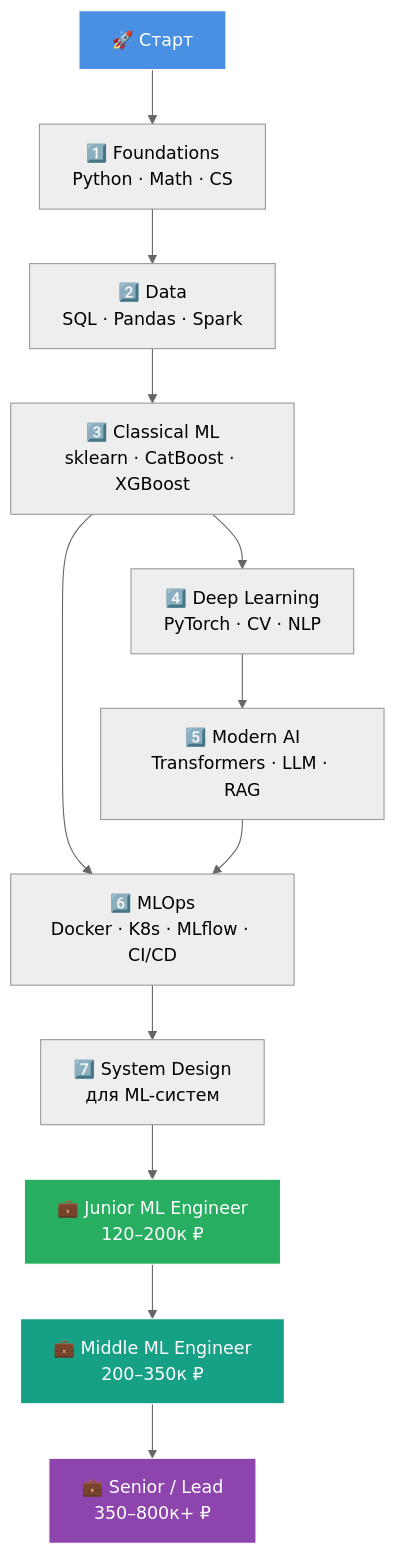
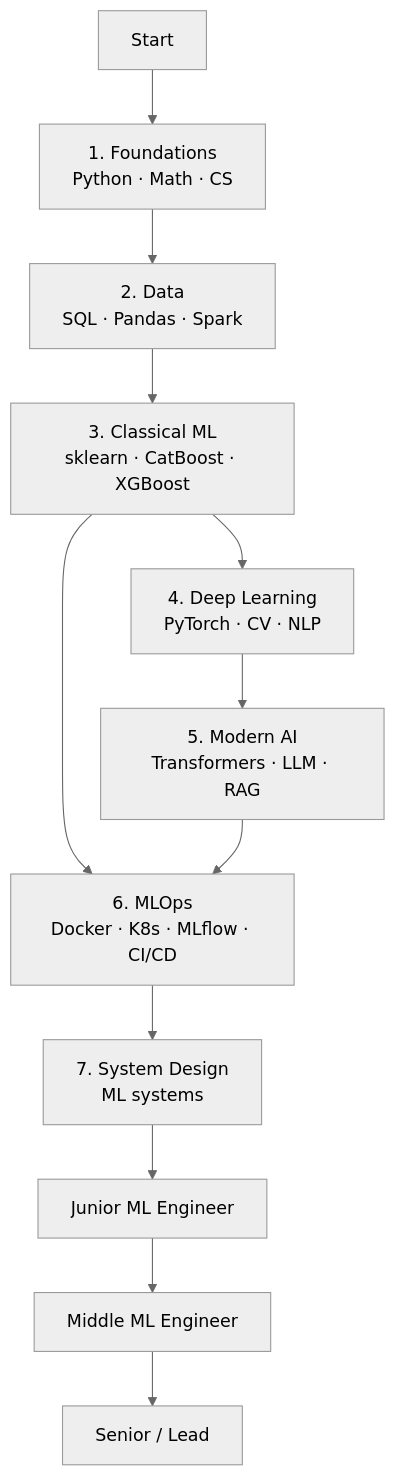
The diagram in README.md (BladeStranger04/ml-engineer-roadmap), drawn with Mermaid (neutral theme) before and after one commit. The commit also changed other lines of this file and 22 other files, not shown here.

Commit message:
add english roadmap docs

````diff
--- a/README.md
+++ b/README.md
@@ -32,19 +33,14 @@
 ```mermaid
 flowchart TD
-    A[🚀 Старт] --> B[1️⃣ Foundations<br/>Python · Math · CS]
-    B --> C[2️⃣ Data<br/>SQL · Pandas · Spark]
-    C --> D[3️⃣ Classical ML<br/>sklearn · CatBoost · XGBoost]
-    D --> E[4️⃣ Deep Learning<br/>PyTorch · CV · NLP]
-    E --> F[5️⃣ Modern AI<br/>Transformers · LLM · RAG]
-    D --> G[6️⃣ MLOps<br/>Docker · K8s · MLflow · CI/CD]
+    A[Start] --> B[1. Foundations<br/>Python · Math · CS]
+    B --> C[2. Data<br/>SQL · Pandas · Spark]
+    C --> D[3. Classical ML<br/>sklearn · CatBoost · XGBoost]
+    D --> E[4. Deep Learning<br/>PyTorch · CV · NLP]
+    E --> F[5. Modern AI<br/>Transformers · LLM · RAG]
+    D --> G[6. MLOps<br/>Docker · K8s · MLflow · CI/CD]
     F --> G
-    G --> H[7️⃣ System Design<br/>для ML-систем]
-    H --> I[💼 Junior ML Engineer<br/>120–200к ₽]
-    I --> J[💼 Middle ML Engineer<br/>200–350к ₽]
-    J --> K[💼 Senior / Lead<br/>350–800к+ ₽]
-
-    style A fill:#4A90E2,stroke:#fff,color:#fff
-    style I fill:#27AE60,stroke:#fff,color:#fff
-    style J fill:#16A085,stroke:#fff,color:#fff
-    style K fill:#8E44AD,stroke:#fff,color:#fff
+    G --> H[7. System Design<br/>ML systems]
+    H --> I[Junior ML Engineer]
+    I --> J[Middle ML Engineer]
+    J --> K[Senior / Lead]
 ```
````
